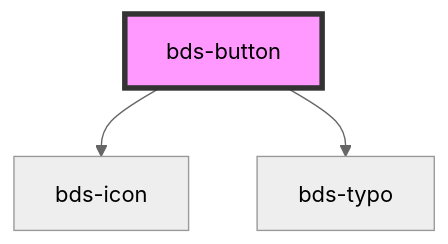
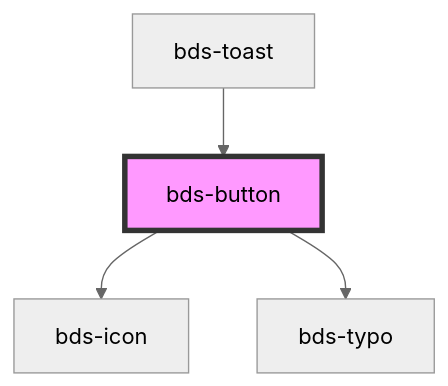
The diagram in src/components/button/readme.md (takenet/blip-ds), drawn with Mermaid (neutral theme) before and after one commit. The commit also changed other lines of this file and 16 other files, not shown here.

````diff
--- a/src/components/button/readme.md
+++ b/src/components/button/readme.md
@@ -29,6 +33,7 @@
 ```mermaid
 graph TD;
   bds-button --> bds-icon
   bds-button --> bds-typo
+  bds-toast --> bds-button
   style bds-button fill:#f9f,stroke:#333,stroke-width:4px
 ```
````
